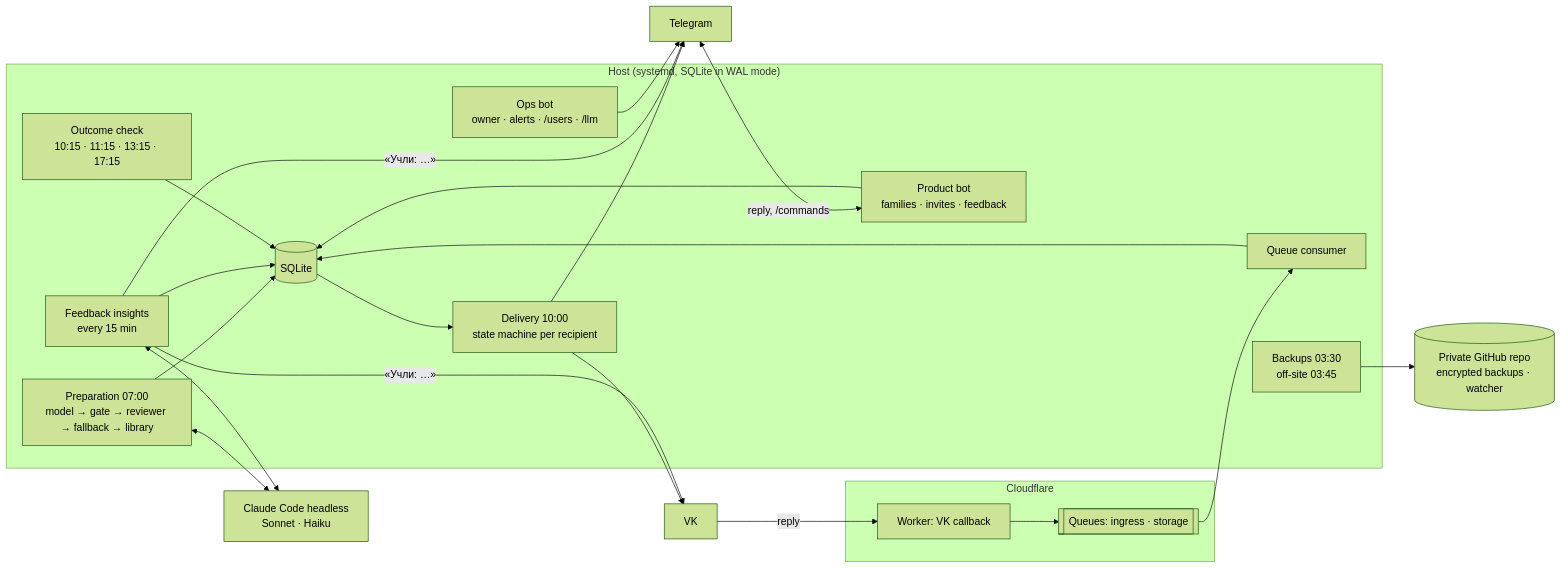
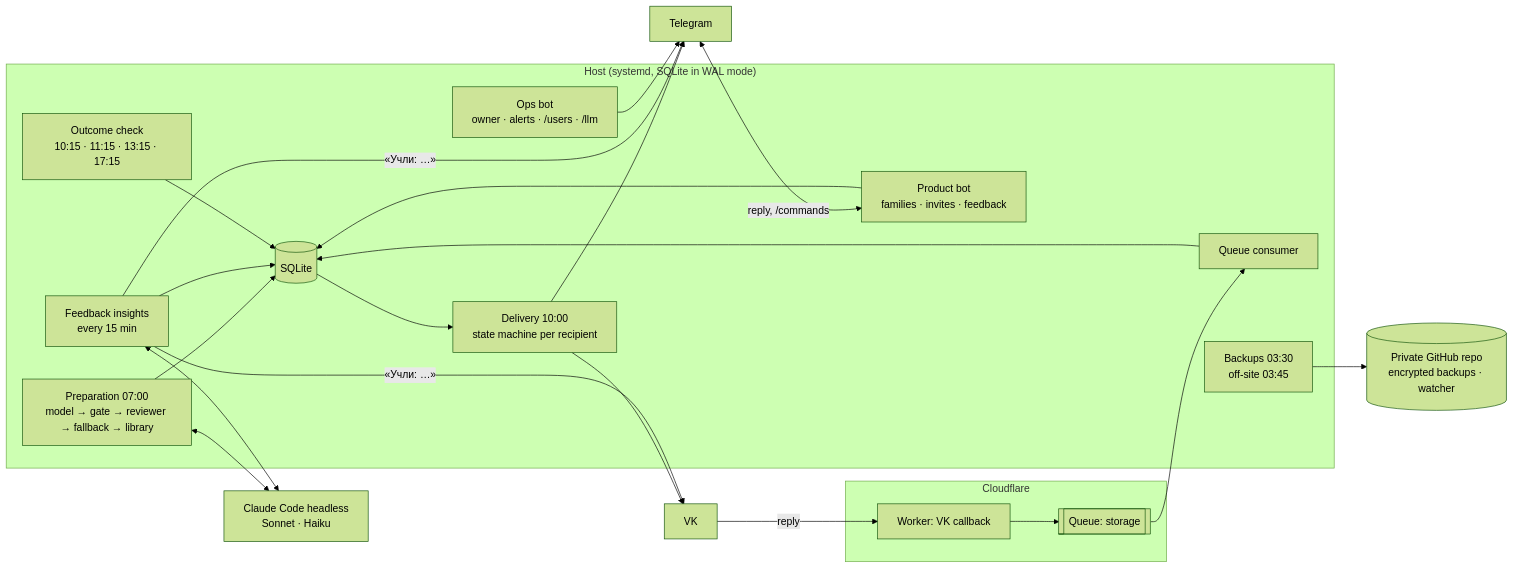
One commit to LukshinVI/game-of-the-day changed the diagram in docs/architecture.md. Above: the diagram before and after it, drawn with Mermaid (forest theme). The commit also changed other lines of this file and 3 other files, not shown here.

Commit message:
Worker: VK messages straight to the storage queue, no ingress hop

````diff
--- a/docs/architecture.md
+++ b/docs/architecture.md
@@ -9,34 +9,34 @@
 ```mermaid
 flowchart LR
     subgraph Host["Host (systemd, SQLite in WAL mode)"]
         PREP[Preparation 07:00<br/>model → gate → reviewer → fallback → library]
         DEL[Delivery 10:00<br/>state machine per recipient]
         CHK[Outcome check<br/>10:15 · 11:15 · 13:15 · 17:15]
         INS[Feedback insights<br/>every 15 min]
         PB[Product bot<br/>families · invites · feedback]
         OB[Ops bot<br/>owner · alerts · /users · /llm]
         CON[Queue consumer]
         BK[Backups 03:30<br/>off-site 03:45]
         DB[(SQLite)]
     end
     subgraph Edge["Cloudflare"]
         W[Worker: VK callback]
-        Q[[Queues: ingress · storage]]
+        Q[[Queue: storage]]
     end
     CC[Claude Code headless<br/>Sonnet · Haiku]
     VK[VK]
     TG[Telegram]
     GH[(Private GitHub repo<br/>encrypted backups · watcher)]
 
     PREP <--> CC
     PREP --> DB
     DB --> DEL --> VK & TG
     VK -->|reply| W --> Q --> CON --> DB
     TG <-->|reply, /commands| PB --> DB
     INS <--> CC
     INS --> DB
     INS -->|"«Учли: …»"| VK & TG
     CHK --> DB
     OB --> TG
     BK --> GH
 ```
````
